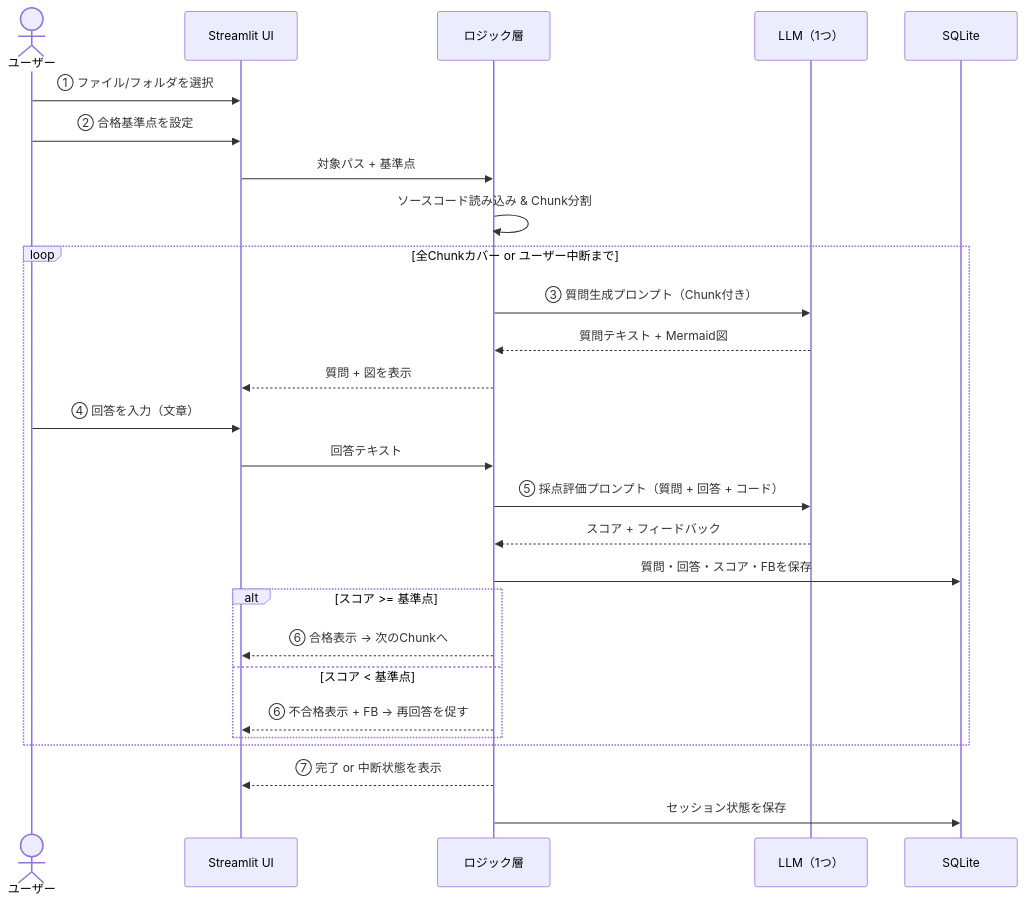
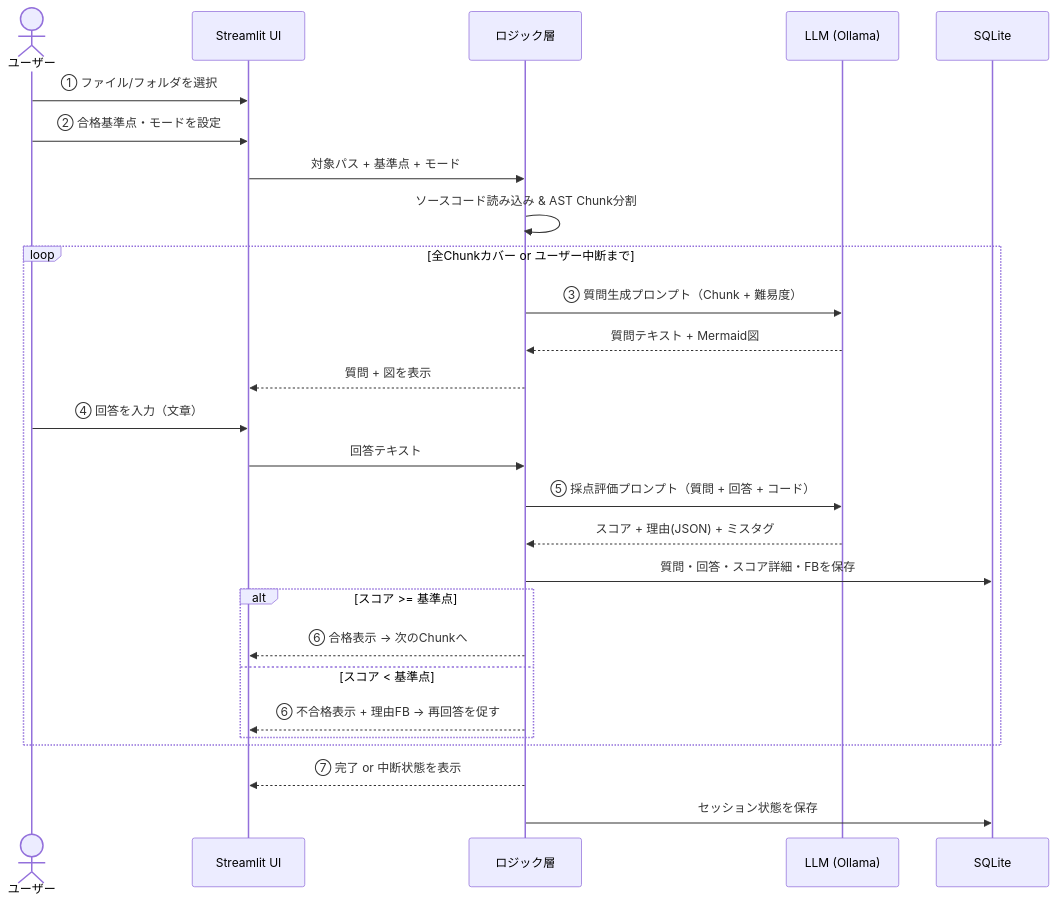
Before and after one commit to ohban730/Fathom: the third of 5 diagrams in docs/system_architecture.md, drawn with Mermaid. The commit also changed other lines of this file and 4 other files, not shown here.

````diff
--- a/docs/system_architecture.md
+++ b/docs/system_architecture.md
@@ -89,36 +98,35 @@
 ```mermaid
 sequenceDiagram
     actor User as ユーザー
     participant UI as Streamlit UI
     participant Core as ロジック層
-    participant LLM as LLM（1つ）
+    participant LLM as LLM (Ollama)
     participant DB as SQLite
 
     User->>UI: ① ファイル/フォルダを選択
-    User->>UI: ② 合格基準点を設定
-    UI->>Core: 対象パス + 基準点
-    Core->>Core: ソースコード読み込み & Chunk分割
+    User->>UI: ② 合格基準点・モードを設定
+    UI->>Core: 対象パス + 基準点 + モード
+    Core->>Core: ソースコード読み込み & AST Chunk分割
 
     loop 全Chunkカバー or ユーザー中断まで
-        Core->>LLM: ③ 質問生成プロンプト（Chunk付き）
+        Core->>LLM: ③ 質問生成プロンプト（Chunk + 難易度）
         LLM-->>Core: 質問テキスト + Mermaid図
         Core-->>UI: 質問 + 図を表示
 
         User->>UI: ④ 回答を入力（文章）
         UI->>Core: 回答テキスト
 
         Core->>LLM: ⑤ 採点評価プロンプト（質問 + 回答 + コード）
-        LLM-->>Core: スコア + フィードバック
-
-        Core->>DB: 質問・回答・スコア・FBを保存
+        LLM-->>Core: スコア + 理由(JSON) + ミスタグ
+        Core->>DB: 質問・回答・スコア詳細・FBを保存
 
         alt スコア >= 基準点
             Core-->>UI: ⑥ 合格表示 → 次のChunkへ
         else スコア < 基準点
-            Core-->>UI: ⑥ 不合格表示 + FB → 再回答を促す
+            Core-->>UI: ⑥ 不合格表示 + 理由FB → 再回答を促す
         end
     end
 
     Core-->>UI: ⑦ 完了 or 中断状態を表示
     Core->>DB: セッション状態を保存
 ```
````
